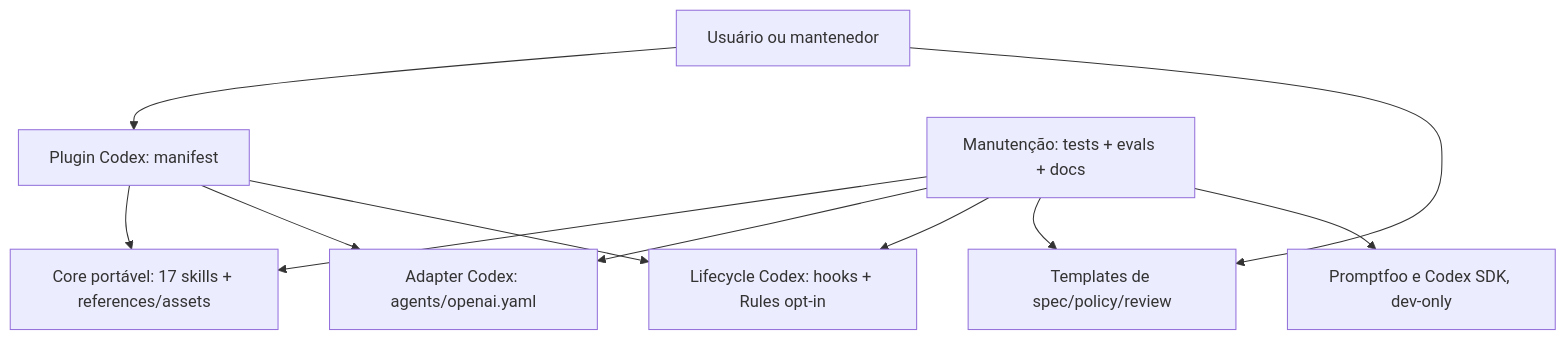
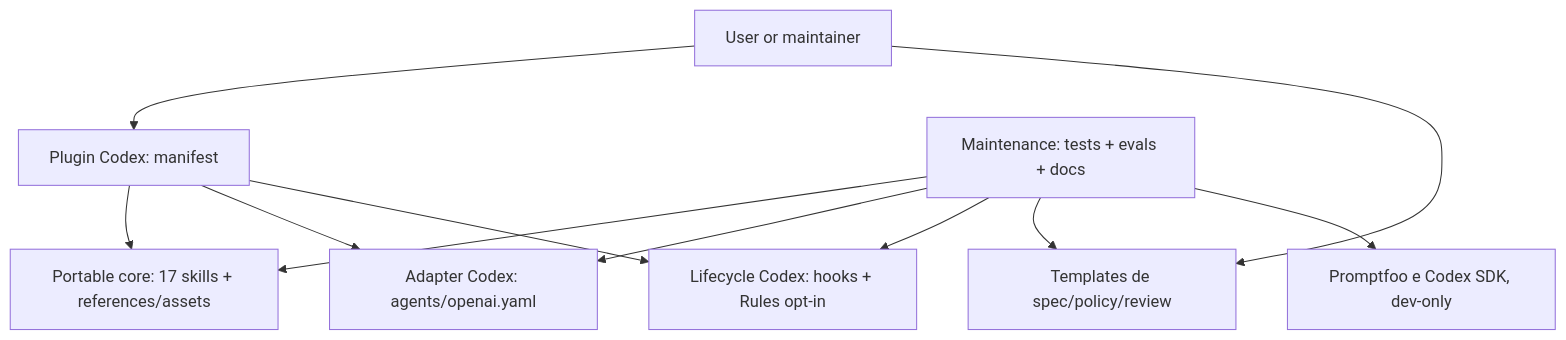
One commit to woliveiras/baseline changed the first of 5 diagrams in docs/internal/audit/2026-08-06-tuxedo-repository-audit/03-product-architecture-and-contracts.md. Above: the diagram before and after it, drawn with Mermaid. The commit also changed other lines of this file and 13 other files, not shown here.

````diff
--- a/docs/internal/audit/2026-08-06-tuxedo-repository-audit/03-product-architecture-and-contracts.md
+++ b/docs/internal/audit/2026-08-06-tuxedo-repository-audit/03-product-architecture-and-contracts.md
@@ -19,22 +19,22 @@
 ```mermaid
 flowchart TB
-    U["Usuário ou mantenedor"]
+    U["User or maintainer"]
     P["Plugin Codex: manifest"]
-    C["Core portável: 17 skills + references/assets"]
+    C["Portable core: 17 skills + references/assets"]
     O["Adapter Codex: agents/openai.yaml"]
     H["Lifecycle Codex: hooks + Rules opt-in"]
     T["Templates de spec/policy/review"]
-    M["Manutenção: tests + evals + docs"]
+    M["Maintenance: tests + evals + docs"]
     D["Promptfoo e Codex SDK, dev-only"]
 
     U --> P
     P --> C
     P --> O
     P --> H
     U --> T
     M --> C
     M --> O
     M --> H
     M --> T
     M --> D
 ```
````
